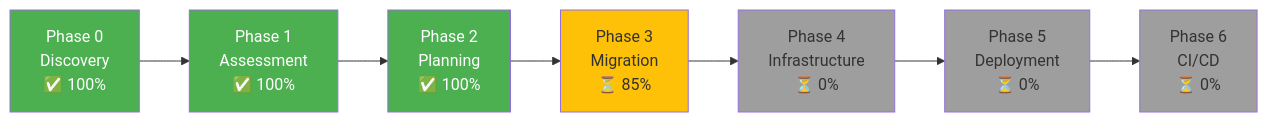
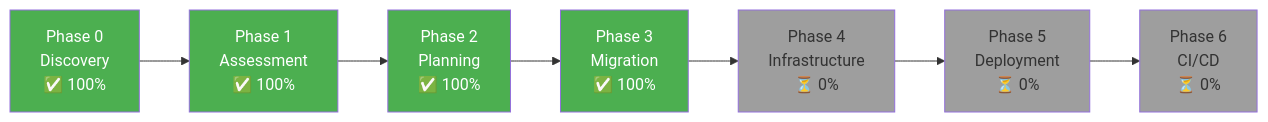
Before and after one commit to RobertoBorges/PHP-Bookstore-Website-Example: the diagram in reports/Report-Status.md, drawn with Mermaid. The commit also changed other lines of this file, not shown here.

Commit message:
Update migration status report: mark Phase 3 as complete, update last updated date, and refine database and authentication details.

````diff
--- a/reports/Report-Status.md
+++ b/reports/Report-Status.md
@@ -13,17 +13,17 @@
 ```mermaid
 graph LR
     P0[Phase 0<br/>Discovery<br/>✅ 100%] --> P1[Phase 1<br/>Assessment<br/>✅ 100%]
     P1 --> P2[Phase 2<br/>Planning<br/>✅ 100%]
-    P2 --> P3[Phase 3<br/>Migration<br/>⏳ 85%]
+    P2 --> P3[Phase 3<br/>Migration<br/>✅ 100%]
     P3 --> P4[Phase 4<br/>Infrastructure<br/>⏳ 0%]
     P4 --> P5[Phase 5<br/>Deployment<br/>⏳ 0%]
     P5 --> P6[Phase 6<br/>CI/CD<br/>⏳ 0%]
     
     style P0 fill:#4CAF50,color:#fff
     style P1 fill:#4CAF50,color:#fff
     style P2 fill:#4CAF50,color:#fff
-    style P3 fill:#FFC107
+    style P3 fill:#4CAF50,color:#fff
     style P4 fill:#9E9E9E
     style P5 fill:#9E9E9E
     style P6 fill:#9E9E9E
 ```
````
